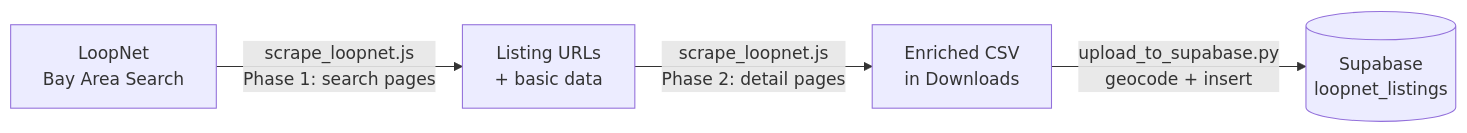
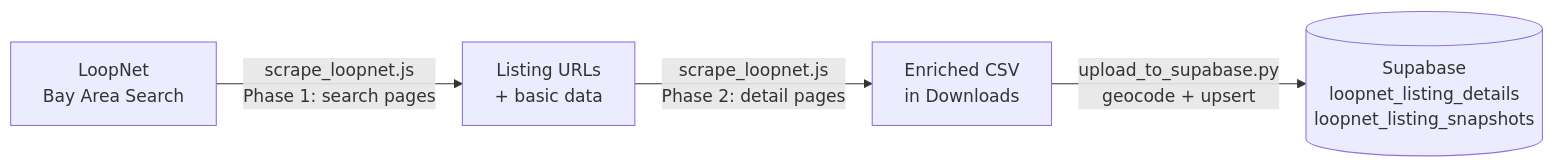
One commit to jahaskell53/ui-cre changed the diagram in scrapers/loopnet/README.md. Above: the diagram before and after it, drawn with Mermaid. The commit also changed other lines of this file and 9 other files, not shown here.

First line of the commit message:
Remove loopnet_listings references: migrate code to details/snapshots tables

````diff
--- a/scrapers/loopnet/README.md
+++ b/scrapers/loopnet/README.md
@@ -9,13 +9,14 @@
 ```mermaid
 flowchart LR
     A["LoopNet
 Bay Area Search"] -->|"scrape_loopnet.js
 Phase 1: search pages"| B["Listing URLs
 + basic data"]
     B -->|"scrape_loopnet.js
 Phase 2: detail pages"| C["Enriched CSV
 in Downloads"]
     C -->|"upload_to_supabase.py
-geocode + insert"| D[("Supabase
-loopnet_listings")]
+geocode + upsert"| D[("Supabase
+loopnet_listing_details
+loopnet_listing_snapshots")]
 ```
````
